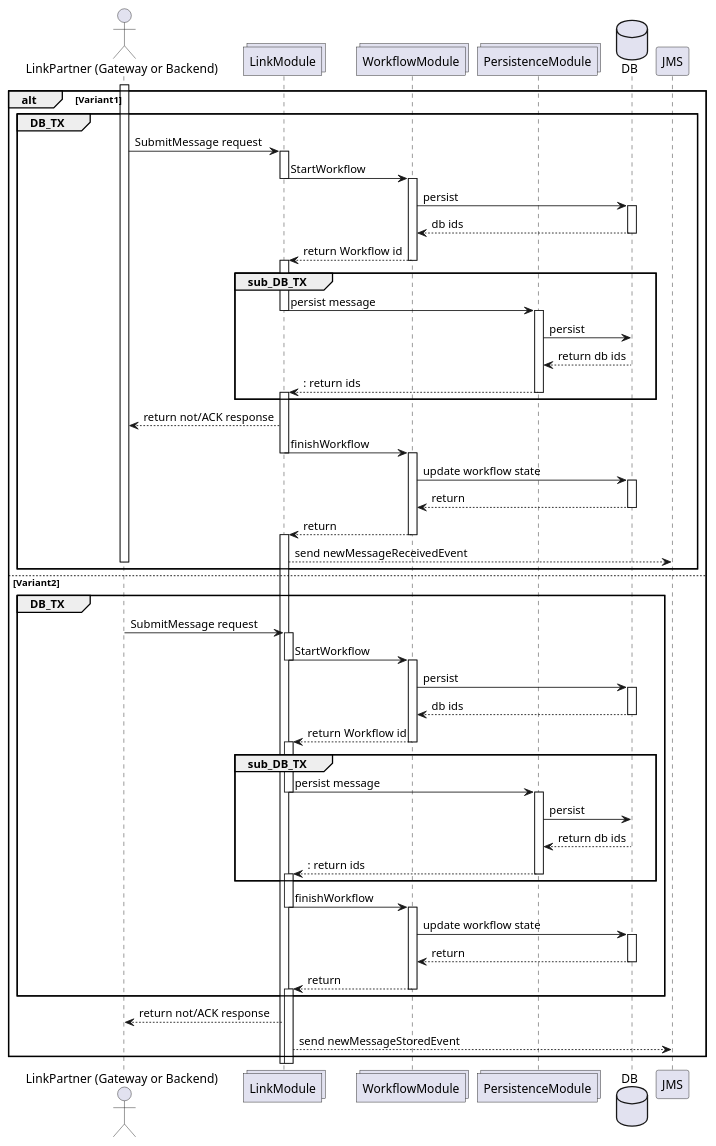
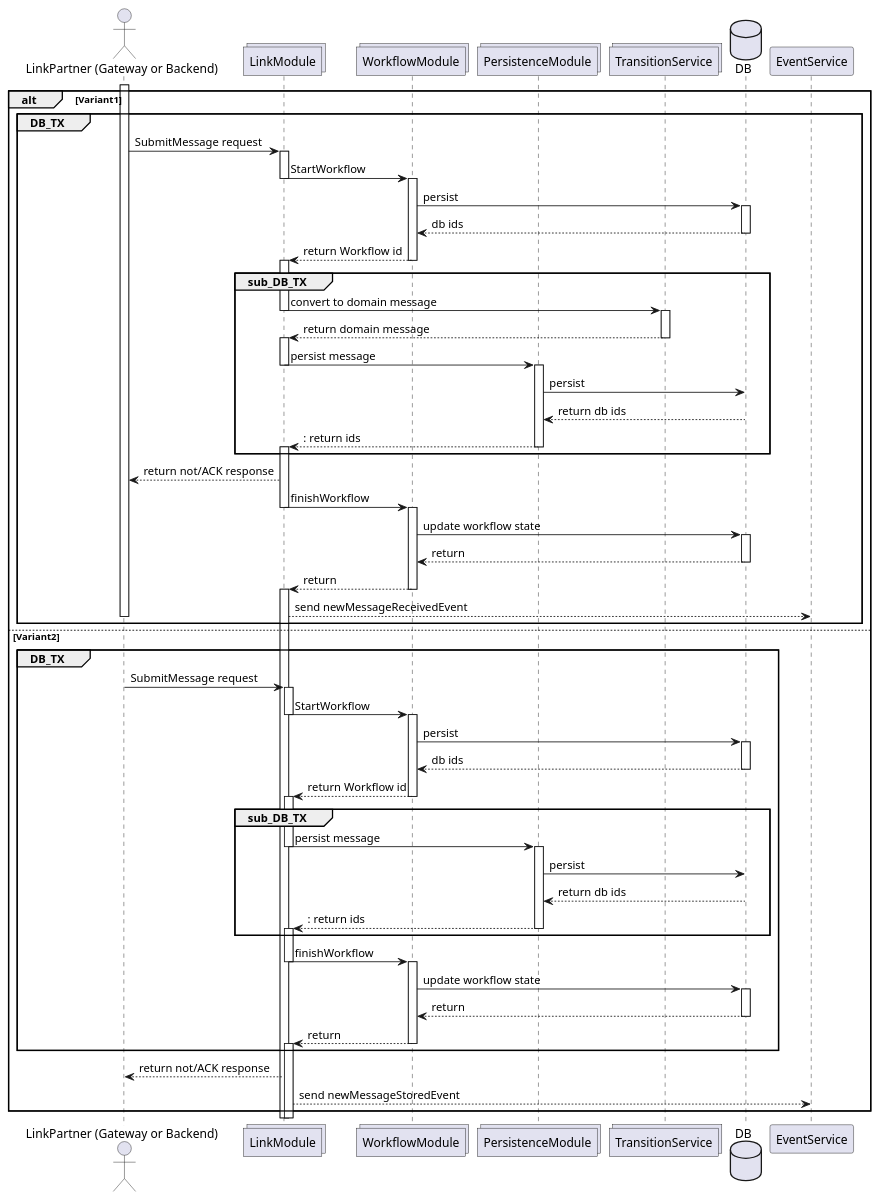
Before and after one commit to muell16/domibusConnector: the first of 3 diagrams in domibusConnector/domibusConnectorDocumentation/src/asciidoc/doc/architecture/connector5/flows/level1/l1_message_receive.adoc, drawn with PlantUML. The commit also changed other lines of this file and 14 other files, not shown here.

```diff
--- a/domibusConnector/domibusConnectorDocumentation/src/asciidoc/doc/architecture/connector5/flows/level1/l1_message_receive.adoc
+++ b/domibusConnector/domibusConnectorDocumentation/src/asciidoc/doc/architecture/connector5/flows/level1/l1_message_receive.adoc
@@ -25,6 +30,7 @@
 collections LinkModule
 collections WorkflowModule
 collections PersistenceModule
+collections TransitionService
 
 database DB
 
@@ -41,6 +47,8 @@
 
 
 group sub_DB_TX
+LinkModule -> TransitionService --++: convert to domain message
+TransitionService --> LinkModule --++: return domain message
 LinkModule -> PersistenceModule --++: persist message
 PersistenceModule -> DB: persist
 DB --> PersistenceModule --:return db ids
@@ -55,7 +63,7 @@
 WorkflowModule --> LinkModule --++: return
 
 
-LinkModule --> JMS: send newMessageReceivedEvent
+LinkModule --> EventService: send newMessageReceivedEvent
 
 deactivate LP
 
@@ -90,7 +98,7 @@
 end
 
 LinkModule --> LP: return not/ACK response
-LinkModule --> JMS: send newMessageStoredEvent
+LinkModule --> EventService: send newMessageStoredEvent
 
 deactivate LP
 
```
